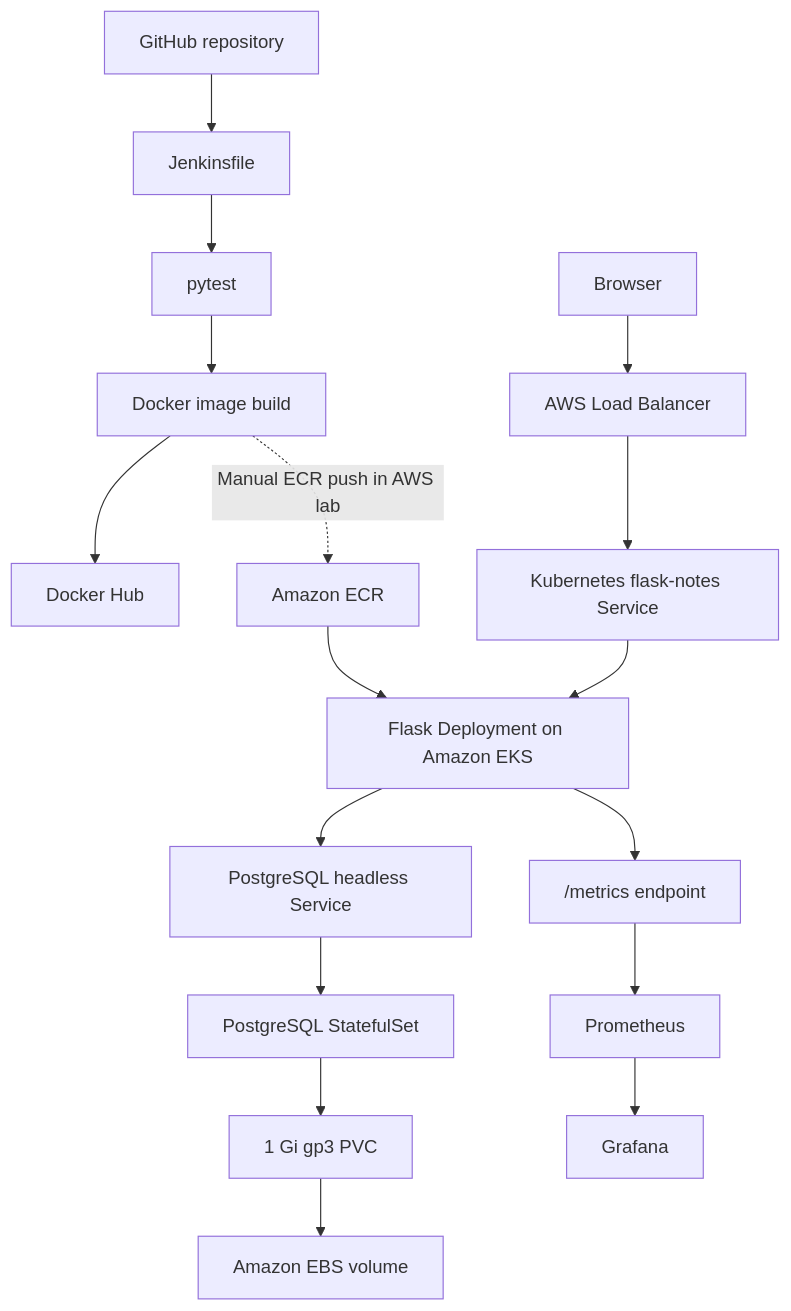
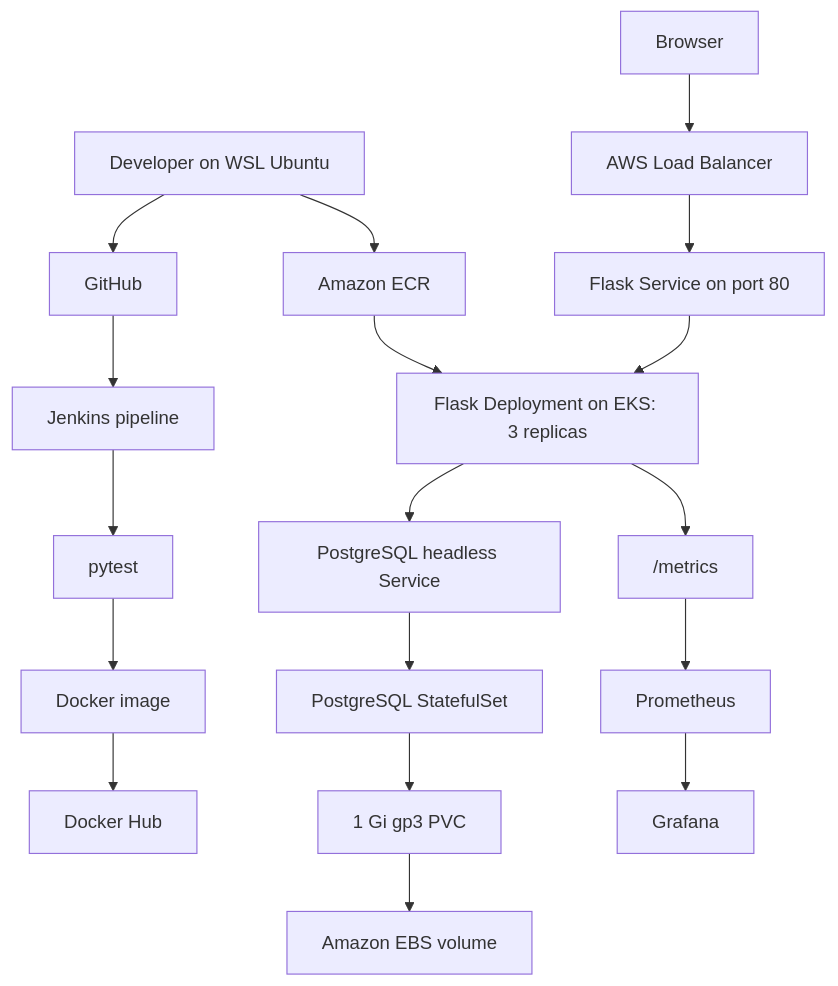
The diagram in docs/architecture.md (iam-vinod7/cloudcart-devops), drawn with Mermaid before and after one commit. The commit also changed other lines of this file, not shown here.

Commit message:
Present CloudCart architecture and hands-on debugging

````diff
--- a/docs/architecture.md
+++ b/docs/architecture.md
@@ -9,22 +7,23 @@
 ```mermaid
 flowchart TB
-    GH["GitHub repository"] --> CI["Jenkinsfile"]
+    DEV["Developer on WSL Ubuntu"] --> GH["GitHub"]
+    GH --> CI["Jenkins pipeline"]
     CI --> TEST["pytest"]
-    TEST --> BUILD["Docker image build"]
+    TEST --> BUILD["Docker image"]
     BUILD --> HUB["Docker Hub"]
 
-    BUILD -. "Manual ECR push in AWS lab" .-> ECR["Amazon ECR"]
-    ECR --> FLASK["Flask Deployment on Amazon EKS"]
+    DEV --> ECR["Amazon ECR"]
+    ECR --> FLASK["Flask Deployment on EKS: 3 replicas"]
 
     WEB["Browser"] --> ELB["AWS Load Balancer"]
-    ELB --> SVC["Kubernetes flask-notes Service"]
+    ELB --> SVC["Flask Service on port 80"]
     SVC --> FLASK
     FLASK --> DBSVC["PostgreSQL headless Service"]
     DBSVC --> PG["PostgreSQL StatefulSet"]
     PG --> CLAIM["1 Gi gp3 PVC"]
     CLAIM --> VOLUME["Amazon EBS volume"]
 
-    FLASK --> METRIC["/metrics endpoint"]
+    FLASK --> METRIC["/metrics"]
     METRIC --> PROM["Prometheus"]
     PROM --> GRAF["Grafana"]
 ```
````
